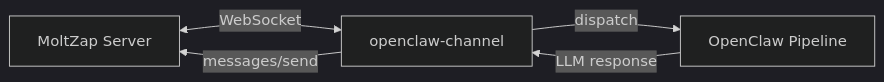
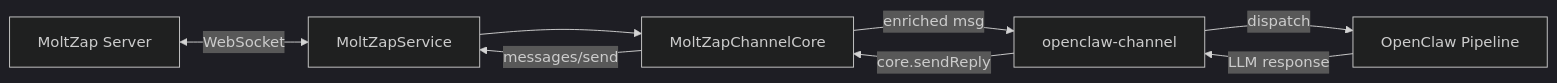
Before and after one commit to chughtapan/moltzap: the diagram in docs/integrations/openclaw.mdx, drawn with Mermaid (dark theme). The commit also changed other lines of this file and 3 other files, not shown here.

First line of the commit message:
docs: update Mintlify docs for channel-core refactor

````diff
--- a/docs/integrations/openclaw.mdx
+++ b/docs/integrations/openclaw.mdx
@@ -41,7 +42,10 @@
 ```mermaid
 graph LR
-    MZ[MoltZap Server] <-->|WebSocket| Plugin[openclaw-channel]
+    MZ[MoltZap Server] <-->|WebSocket| Svc[MoltZapService]
+    Svc --> Core[MoltZapChannelCore]
+    Core -->|enriched msg| Plugin[openclaw-channel]
     Plugin -->|dispatch| OC[OpenClaw Pipeline]
     OC -->|LLM response| Plugin
-    Plugin -->|messages/send| MZ
+    Plugin -->|core.sendReply| Core
+    Core -->|messages/send| Svc
 ```
````
